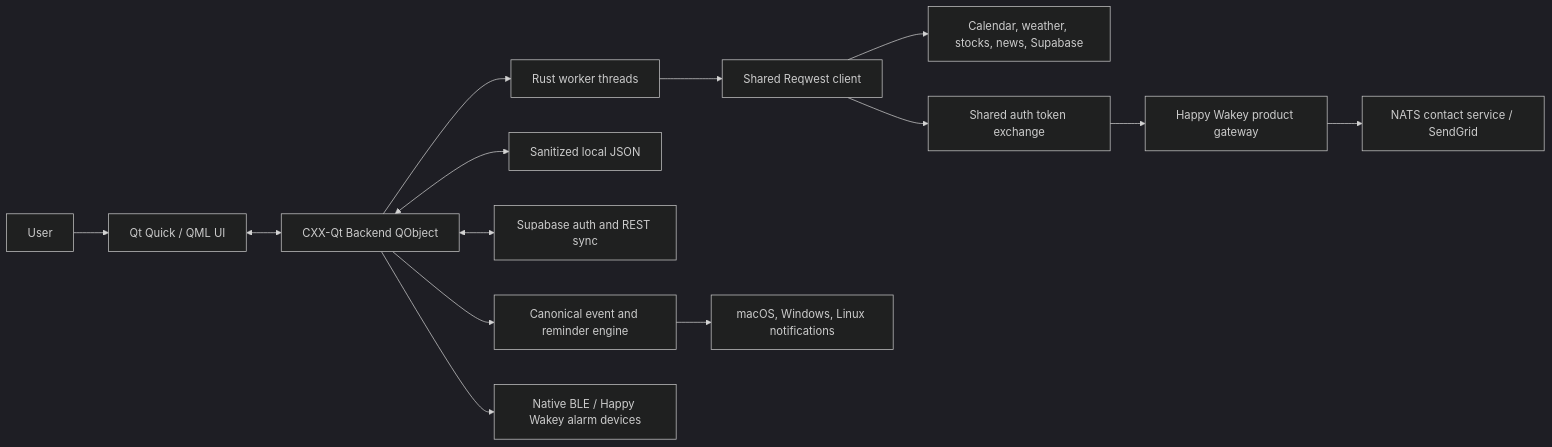
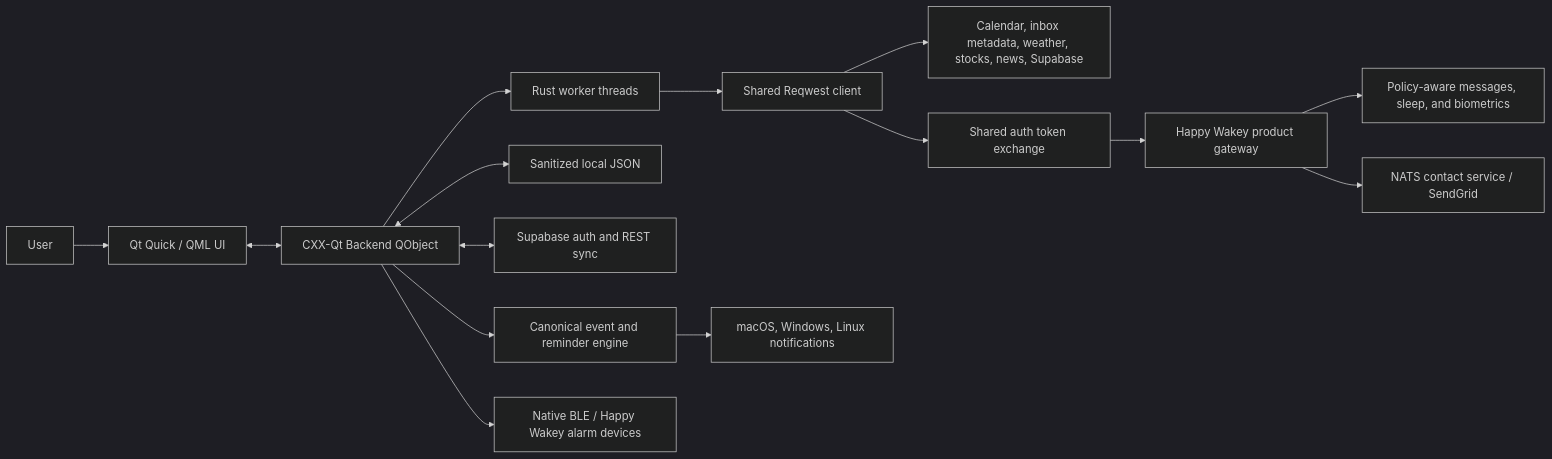
One commit to happy-wakey/happy-wakey-desktop-app.rs changed the first of 2 diagrams in docs/ARCHITECTURE_AND_TECH_STACK.md. Above: the diagram before and after it, drawn with Mermaid (dark theme). The commit also changed other lines of this file and 22 other files, not shown here.

````diff
--- a/docs/ARCHITECTURE_AND_TECH_STACK.md
+++ b/docs/ARCHITECTURE_AND_TECH_STACK.md
@@ -27,16 +27,17 @@
 ```mermaid
 flowchart LR
     User["User"] --> QML["Qt Quick / QML UI"]
     QML <--> Backend["CXX-Qt Backend QObject"]
     Backend --> Workers["Rust worker threads"]
     Workers --> HTTP["Shared Reqwest client"]
-    HTTP --> Providers["Calendar, weather, stocks, news, Supabase"]
+    HTTP --> Providers["Calendar, inbox metadata, weather, stocks, news, Supabase"]
     HTTP --> SharedAuth["Shared auth token exchange"]
     SharedAuth --> Gateway["Happy Wakey product gateway"]
+    Gateway --> Briefing["Policy-aware messages, sleep, and biometrics"]
     Gateway --> Contact["NATS contact service / SendGrid"]
     Backend <--> Config["Sanitized local JSON"]
     Backend <--> Supabase["Supabase auth and REST sync"]
     Backend --> ReminderEngine["Canonical event and reminder engine"]
     ReminderEngine --> OSNotifications["macOS, Windows, Linux notifications"]
     Backend --> BLE["Native BLE / Happy Wakey alarm devices"]
 ```
````
